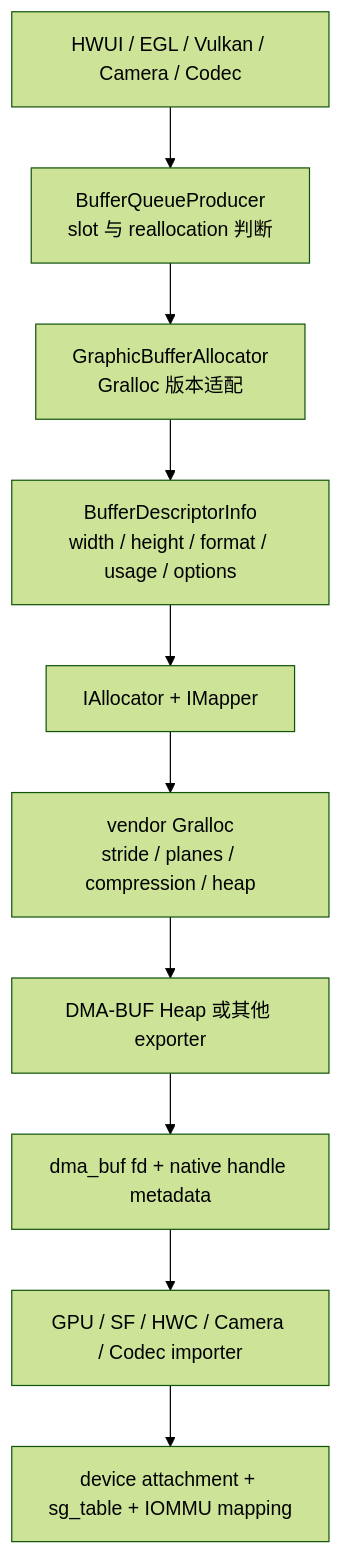
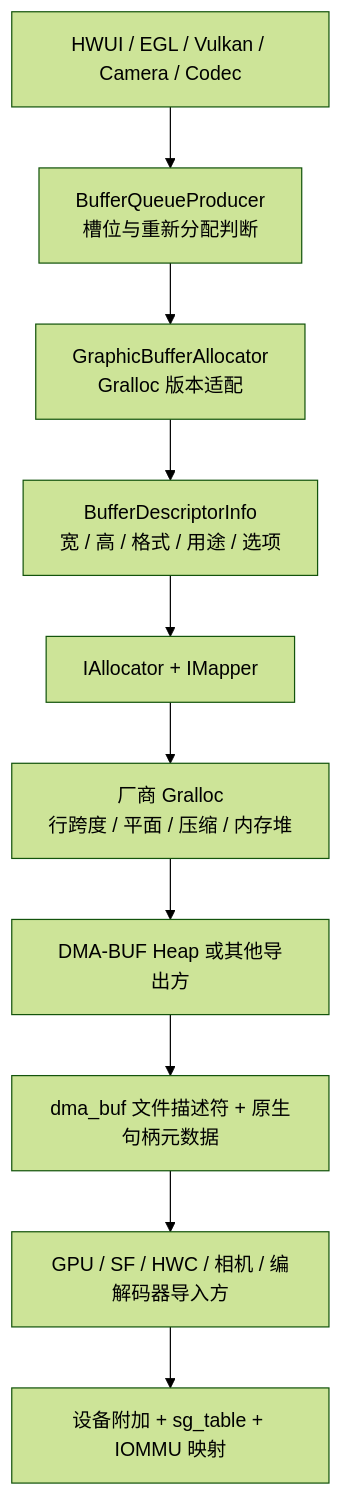
The diagram in src/part1-fundamentals/ch02-rendering/24-graphic-memory-dmabuf-gralloc-16kb-boundary.md (Gracker/android-internals-wiki), drawn with Mermaid (forest theme) before and after one commit. The commit also changed other lines of this file and 4 other files, not shown here.

````diff
--- a/src/part1-fundamentals/ch02-rendering/24-graphic-memory-dmabuf-gralloc-16kb-boundary.md
+++ b/src/part1-fundamentals/ch02-rendering/24-graphic-memory-dmabuf-gralloc-16kb-boundary.md
@@ -80,16 +80,16 @@
 ```mermaid
 flowchart TD
     Producer["HWUI / EGL / Vulkan / Camera / Codec"]
-    BQ["BufferQueueProducer<br/>slot 与 reallocation 判断"]
+    BQ["BufferQueueProducer<br/>槽位与重新分配判断"]
     GBA["GraphicBufferAllocator<br/>Gralloc 版本适配"]
-    Desc["BufferDescriptorInfo<br/>width / height / format / usage / options"]
+    Desc["BufferDescriptorInfo<br/>宽 / 高 / 格式 / 用途 / 选项"]
     HAL["IAllocator + IMapper"]
-    Vendor["vendor Gralloc<br/>stride / planes / compression / heap"]
-    Exporter["DMA-BUF Heap 或其他 exporter"]
-    DmaBuf["dma_buf fd + native handle metadata"]
-    Importer["GPU / SF / HWC / Camera / Codec importer"]
-    Iommu["device attachment + sg_table + IOMMU mapping"]
+    Vendor["厂商 Gralloc<br/>行跨度 / 平面 / 压缩 / 内存堆"]
+    Exporter["DMA-BUF Heap 或其他导出方"]
+    DmaBuf["dma_buf 文件描述符 + 原生句柄元数据"]
+    Importer["GPU / SF / HWC / 相机 / 编解码器导入方"]
+    Iommu["设备附加 + sg_table + IOMMU 映射"]
 
     Producer --> BQ --> GBA --> Desc --> HAL --> Vendor
     Vendor --> Exporter --> DmaBuf --> Importer --> Iommu
 ```
````
